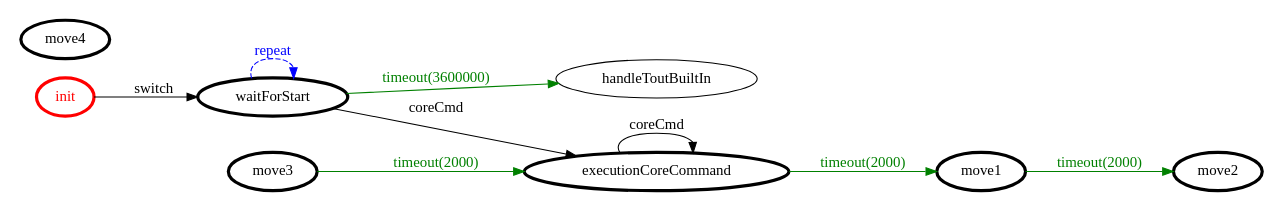
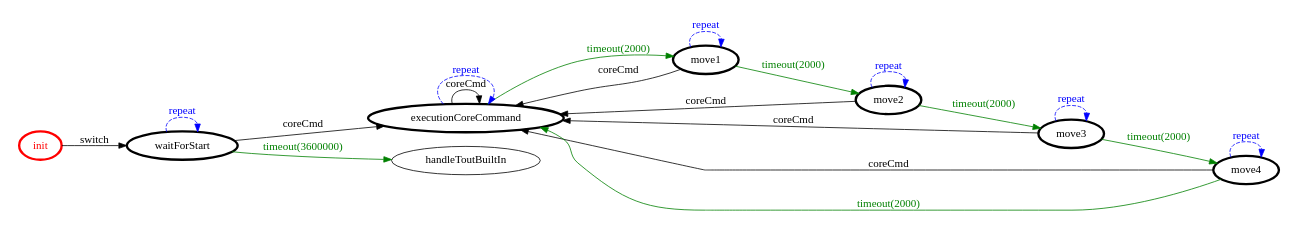
The diagram in it.unibo.projectRobot/srcMore/it/unibo/movecorelogic/movecorelogic.gv (FraGio/iss2018), drawn with Graphviz before and after one commit. The commit also changed 4 other files, not shown here.

```diff
--- a/it.unibo.projectRobot/srcMore/it/unibo/movecorelogic/movecorelogic.gv
+++ b/it.unibo.projectRobot/srcMore/it/unibo/movecorelogic/movecorelogic.gv
@@ -1,28 +1,39 @@
 /*
 *
 * A GraphViz DOT FSM description 
 * Please use a GraphViz visualizer (like http://www.webgraphviz.com)
 *  
 */
 
 digraph finite_state_machine {
 	rankdir=LR
 	size="8,5"
 	
 	init [ color = red ][ fontcolor = red ][ penwidth = 3 ]
 	move1 [ color = black ][ fontcolor = black ][ penwidth = 3 ]
 	move2 [ color = black ][ fontcolor = black ][ penwidth = 3 ]
 	move3 [ color = black ][ fontcolor = black ][ penwidth = 3 ]
 	move4 [ color = black ][ fontcolor = black ][ penwidth = 3 ]
 	waitForStart [ color = black ][ fontcolor = black ][ penwidth = 3 ]
 	executionCoreCommand [ color = black ][ fontcolor = black ][ penwidth = 3 ]
 	
 	move1 -> move2 [ label = "timeout(2000)" ][ color = green ][ fontcolor = green ]
 	executionCoreCommand -> move1 [ label = "timeout(2000)" ][ color = green ][ fontcolor = green ]
 	executionCoreCommand -> executionCoreCommand [ label = "coreCmd" ][ color = black ][ fontcolor = black ]
 	waitForStart -> handleToutBuiltIn [ label = "timeout(3600000)" ][ color = green ][ fontcolor = green ]
+	move4 -> executionCoreCommand [ label = "coreCmd" ][ color = black ][ fontcolor = black ]
+	executionCoreCommand -> executionCoreCommand [ label = "repeat "][ style = dashed ][ color = blue ][ fontcolor = blue ]
+	move4 -> move4 [ label = "repeat "][ style = dashed ][ color = blue ][ fontcolor = blue ]
+	move2 -> move3 [ label = "timeout(2000)" ][ color = green ][ fontcolor = green ]
+	move3 -> executionCoreCommand [ label = "coreCmd" ][ color = black ][ fontcolor = black ]
+	move3 -> move3 [ label = "repeat "][ style = dashed ][ color = blue ][ fontcolor = blue ]
+	move4 -> executionCoreCommand [ label = "timeout(2000)" ][ color = green ][ fontcolor = green ]
+	move1 -> executionCoreCommand [ label = "coreCmd" ][ color = black ][ fontcolor = black ]
+	move2 -> executionCoreCommand [ label = "coreCmd" ][ color = black ][ fontcolor = black ]
+	move3 -> move4 [ label = "timeout(2000)" ][ color = green ][ fontcolor = green ]
+	move2 -> move2 [ label = "repeat "][ style = dashed ][ color = blue ][ fontcolor = blue ]
+	move1 -> move1 [ label = "repeat "][ style = dashed ][ color = blue ][ fontcolor = blue ]
 	waitForStart -> executionCoreCommand [ label = "coreCmd" ][ color = black ][ fontcolor = black ]
 	waitForStart -> waitForStart [ label = "repeat "][ style = dashed ][ color = blue ][ fontcolor = blue ]
-	move3 -> executionCoreCommand [ label = "timeout(2000)" ][ color = green ][ fontcolor = green ]
 	init -> waitForStart [ label = "switch" ][ color = black ][ fontcolor = black ]
 }
```
